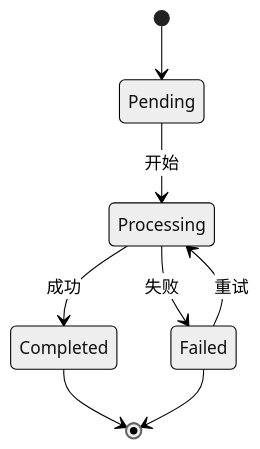
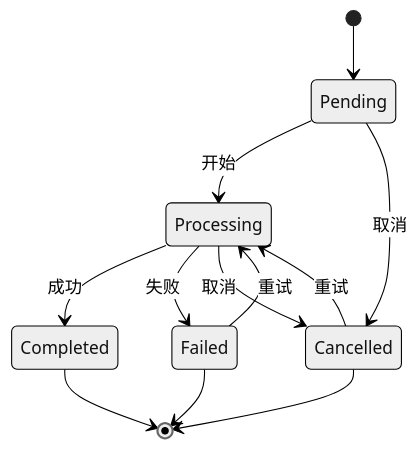
Before and after one commit to hua0512/rust-srec: the diagram in rust-srec/docs/zh/reference/workflows.md, drawn with Mermaid (neutral theme). The commit also changed other lines of this file and 95 other files, not shown here.

````diff
--- a/rust-srec/docs/zh/reference/workflows.md
+++ b/rust-srec/docs/zh/reference/workflows.md
@@ -65,10 +65,14 @@
 ```mermaid
 stateDiagram-v2
     [*] --> Pending
     Pending --> Processing: 开始
     Processing --> Completed: 成功
     Processing --> Failed: 失败
     Failed --> Processing: 重试
+    Pending --> Cancelled: 取消
+    Processing --> Cancelled: 取消
+    Cancelled --> Processing: 重试
     Completed --> [*]
     Failed --> [*]
+    Cancelled --> [*]
 ```
````
